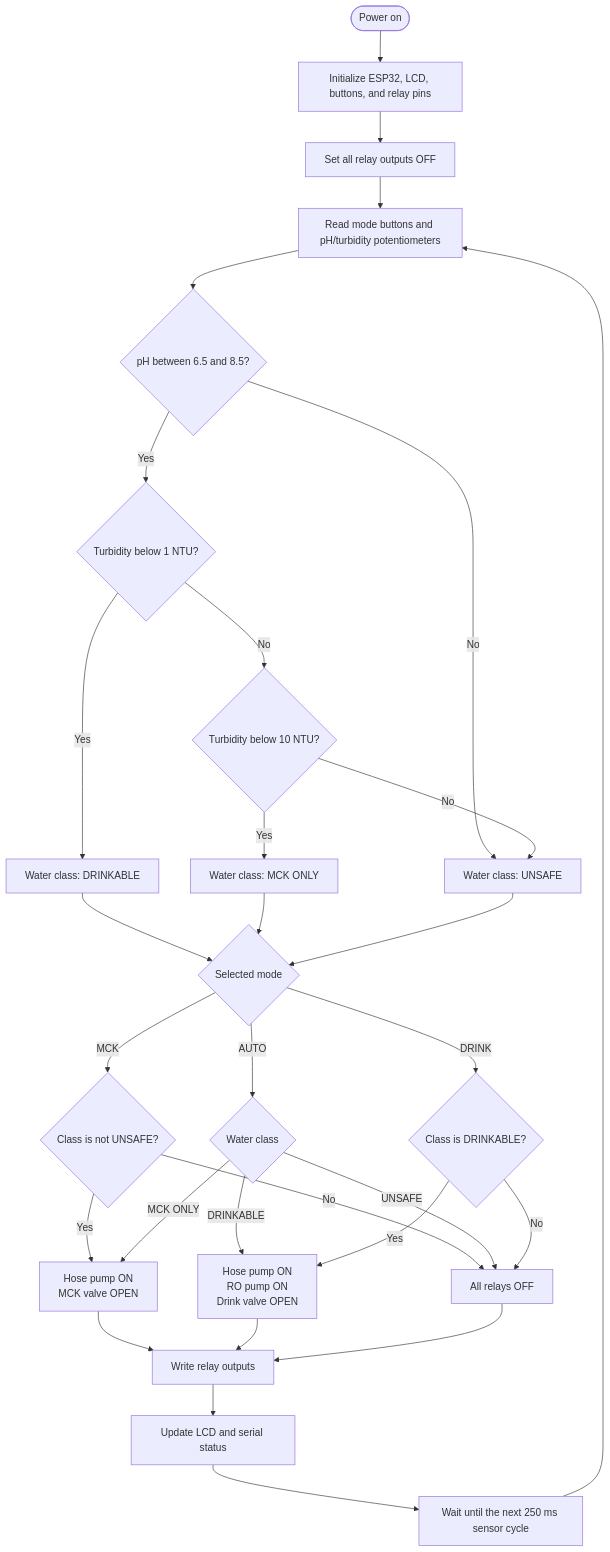
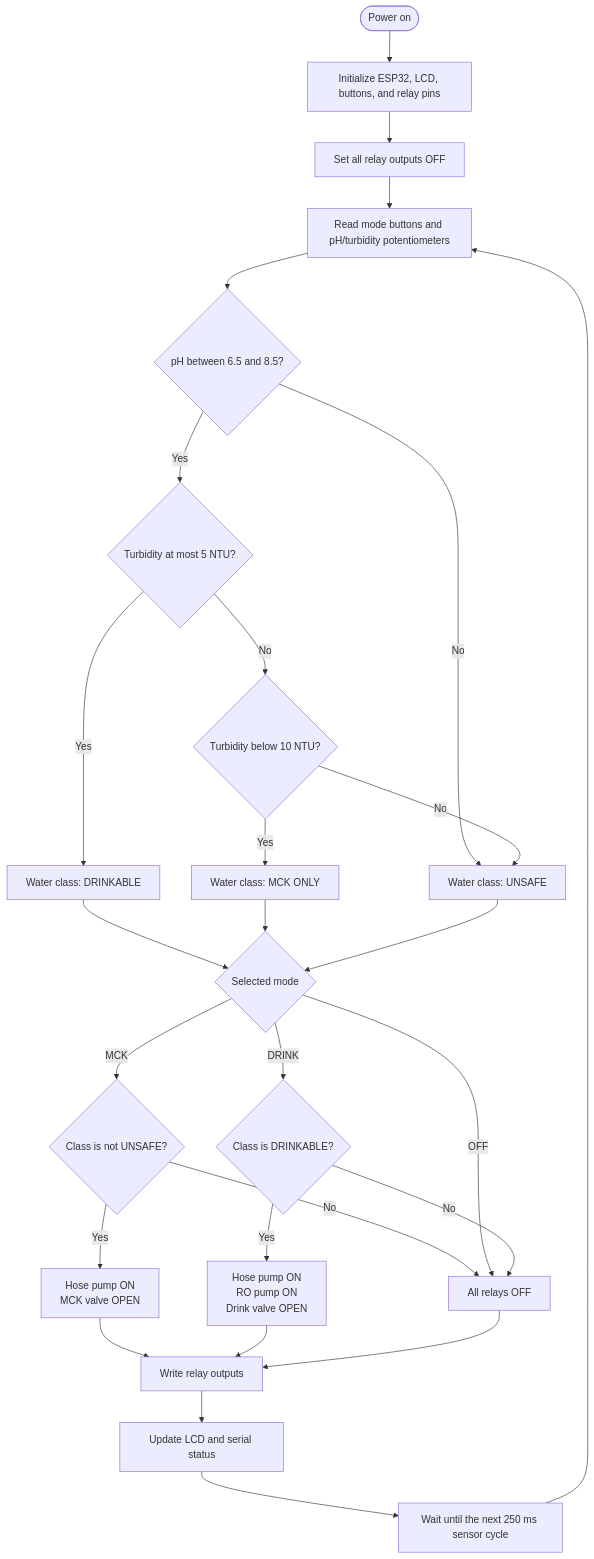
One commit to AlexanderChristhian/O.A.S.I.S changed the first of 2 diagrams in O.A.S.I.S/README.md. Above: the diagram before and after it, drawn with Mermaid. The commit also changed other lines of this file and 3 other files, not shown here.

````diff
--- a/O.A.S.I.S/README.md
+++ b/O.A.S.I.S/README.md
@@ -27,38 +56,35 @@
 ```mermaid
 flowchart TD
     START([Power on]) --> INIT[Initialize ESP32, LCD, buttons, and relay pins]
     INIT --> SAFE[Set all relay outputs OFF]
     SAFE --> INPUTS[Read mode buttons and pH/turbidity potentiometers]
 
     INPUTS --> PH{"pH between 6.5 and 8.5?"}
     PH -- No --> UNSAFE[Water class: UNSAFE]
-    PH -- Yes --> DRINK_NTU{"Turbidity below 1 NTU?"}
+    PH -- Yes --> DRINK_NTU{"Turbidity at most 5 NTU?"}
     DRINK_NTU -- Yes --> DRINKABLE[Water class: DRINKABLE]
     DRINK_NTU -- No --> MCK_NTU{"Turbidity below 10 NTU?"}
     MCK_NTU -- Yes --> MCK_ONLY[Water class: MCK ONLY]
     MCK_NTU -- No --> UNSAFE
 
     DRINKABLE --> MODE{Selected mode}
     MCK_ONLY --> MODE
     UNSAFE --> MODE
 
     MODE -- MCK --> MCK_OK{"Class is not UNSAFE?"}
     MCK_OK -- Yes --> MCK_ROUTE[Hose pump ON<br/>MCK valve OPEN]
     MCK_OK -- No --> BLOCKED[All relays OFF]
 
-    MODE -- AUTO --> AUTO_CLASS{Water class}
-    AUTO_CLASS -- DRINKABLE --> DRINK_ROUTE[Hose pump ON<br/>RO pump ON<br/>Drink valve OPEN]
-    AUTO_CLASS -- MCK ONLY --> MCK_ROUTE
-    AUTO_CLASS -- UNSAFE --> BLOCKED
+    MODE -- OFF --> BLOCKED
 
     MODE -- DRINK --> DRINK_OK{"Class is DRINKABLE?"}
-    DRINK_OK -- Yes --> DRINK_ROUTE
+    DRINK_OK -- Yes --> DRINK_ROUTE[Hose pump ON<br/>RO pump ON<br/>Drink valve OPEN]
     DRINK_OK -- No --> BLOCKED
 
     MCK_ROUTE --> APPLY[Write relay outputs]
     DRINK_ROUTE --> APPLY
     BLOCKED --> APPLY
     APPLY --> DISPLAY[Update LCD and serial status]
     DISPLAY --> WAIT[Wait until the next 250 ms sensor cycle]
     WAIT --> INPUTS
 ```
````
